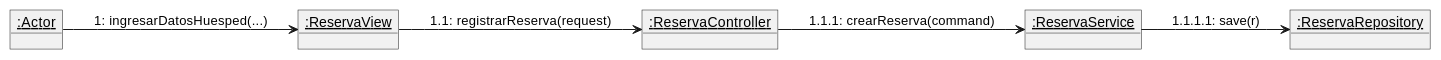
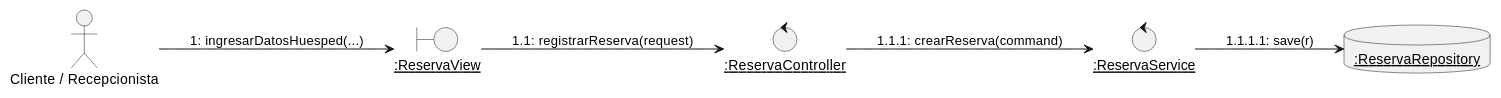
Before and after one commit to Tsmrain/GestionSistemas: the ninth of 36 diagrams in RefactorV4.md, drawn with PlantUML. The commit also changed other lines of this file, not shown here.

Commit message:
refactor: standardize plantuml diagrams using boundary, control, entity, and database stereotypes

````diff
--- a/RefactorV4.md
+++ b/RefactorV4.md
@@ -603,15 +603,15 @@
 ```plantuml
 @startuml
 left to right direction
-object "<u>:Actor</u>" as Actor
-object "<u>:ReservaView</u>" as View
-object "<u>:ReservaController</u>" as Ctrl
-object "<u>:ReservaService</u>" as Serv
-object "<u>:ReservaRepository</u>" as Repo
+actor Actor as "Cliente / Recepcionista"
+boundary "<u>:ReservaView</u>" as View
+control "<u>:ReservaController</u>" as Ctrl
+control "<u>:ReservaService</u>" as Serv
+database "<u>:ReservaRepository</u>" as Repo
 
 Actor --> View : 1: ingresarDatosHuesped(...)
 View --> Ctrl : 1.1: registrarReserva(request)
 Ctrl --> Serv : 1.1.1: crearReserva(command)
 Serv --> Repo : 1.1.1.1: save(r)
 @enduml
 ```
````
